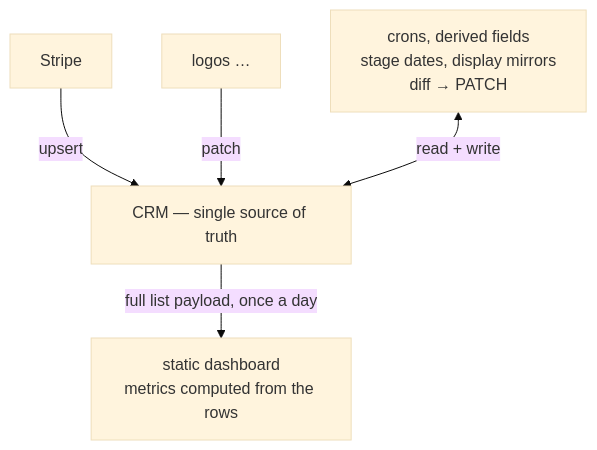
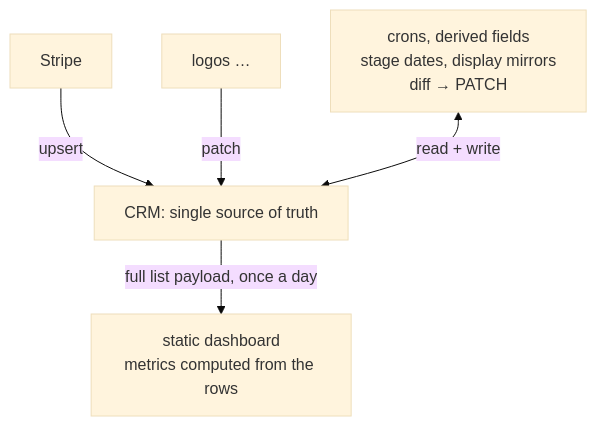
One commit to 80x-djh/80x-docs changed the diagram in src/content/docs/reference/crm-as-database.md. Above: the diagram before and after it, drawn with Mermaid (base theme). The commit also changed other lines of this file and 81 other files, not shown here.

````diff
--- a/src/content/docs/reference/crm-as-database.md
+++ b/src/content/docs/reference/crm-as-database.md
@@ -24,7 +24,7 @@
 ```mermaid
 flowchart TB
   stripe["Stripe"] -->|upsert| crm
   logos["logos …"] -->|patch| crm
   jobs["crons, derived fields<br/>stage dates, display mirrors<br/>diff → PATCH"] <-->|read + write| crm
-  crm["CRM — single source of truth"] -->|full list payload, once a day| dash["static dashboard<br/>metrics computed from the rows"]
+  crm["CRM: single source of truth"] -->|full list payload, once a day| dash["static dashboard<br/>metrics computed from the rows"]
 ```
````
